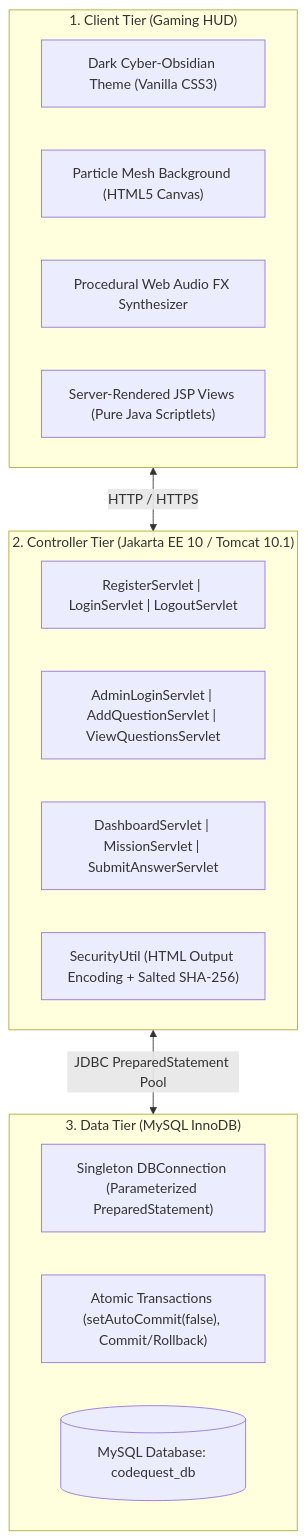
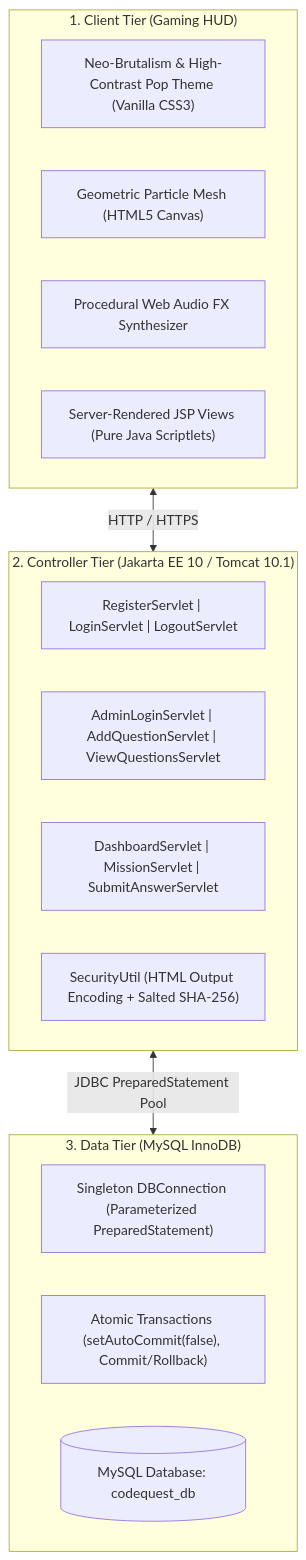
Before and after one commit to dilipkumarprudhvi-a11y/CodeQuest: the diagram in README.md, drawn with Mermaid.

Commit message:
Docs: Update README with Neo-Brutalism & High-Contrast Pop architecture

````diff
--- a/README.md
+++ b/README.md
@@ -32,25 +32,25 @@
 ```mermaid
 flowchart TD
     subgraph Client["1. Client Tier (Gaming HUD)"]
-        UI["Dark Cyber-Obsidian Theme (Vanilla CSS3)"]
-        Canvas["Particle Mesh Background (HTML5 Canvas)"]
+        UI["Neo-Brutalism & High-Contrast Pop Theme (Vanilla CSS3)"]
+        Canvas["Geometric Particle Mesh (HTML5 Canvas)"]
         Audio["Procedural Web Audio FX Synthesizer"]
         JSP["Server-Rendered JSP Views (Pure Java Scriptlets)"]
     end
 
     subgraph Controller["2. Controller Tier (Jakarta EE 10 / Tomcat 10.1)"]
         Auth["RegisterServlet | LoginServlet | LogoutServlet"]
         Admin["AdminLoginServlet | AddQuestionServlet | ViewQuestionsServlet"]
         Engine["DashboardServlet | MissionServlet | SubmitAnswerServlet"]
         Security["SecurityUtil (HTML Output Encoding + Salted SHA-256)"]
     end
 
     subgraph Persistence["3. Data Tier (MySQL InnoDB)"]
         JDBC["Singleton DBConnection (Parameterized PreparedStatement)"]
         ACID["Atomic Transactions (setAutoCommit(false), Commit/Rollback)"]
         DB[("MySQL Database: codequest_db")]
     end
 
     Client <-->|HTTP / HTTPS| Controller
     Controller <-->|JDBC PreparedStatement Pool| Persistence
 ```
````
